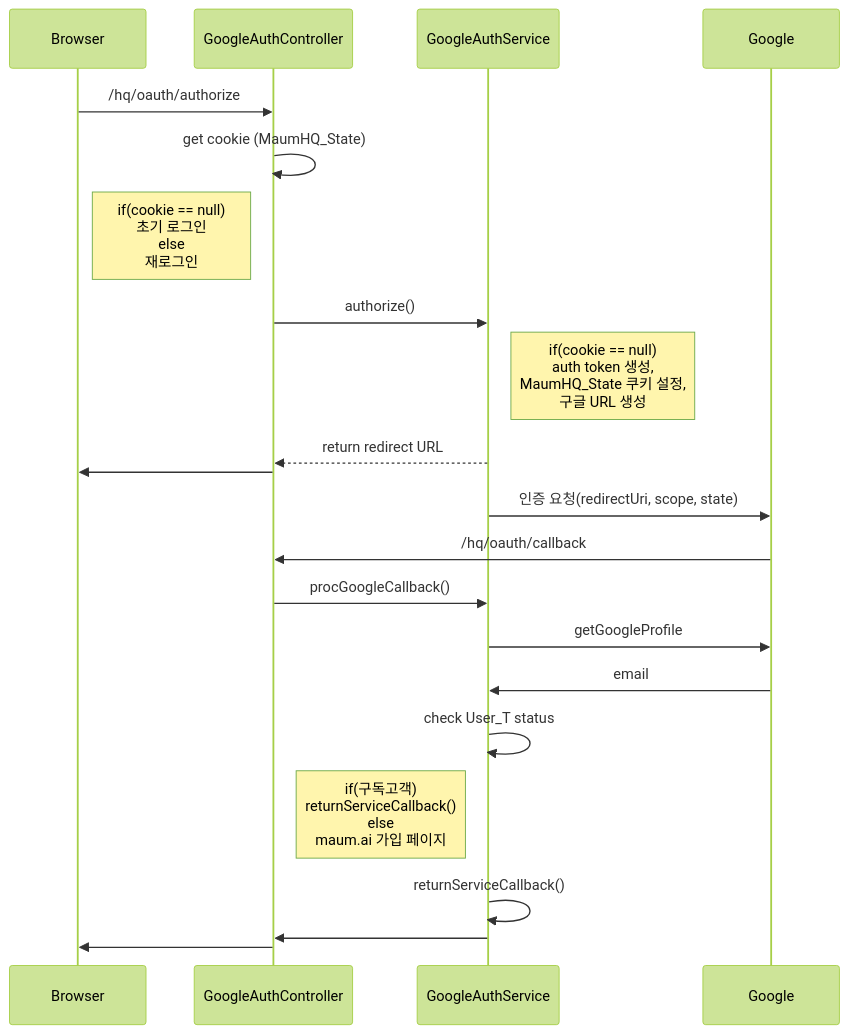
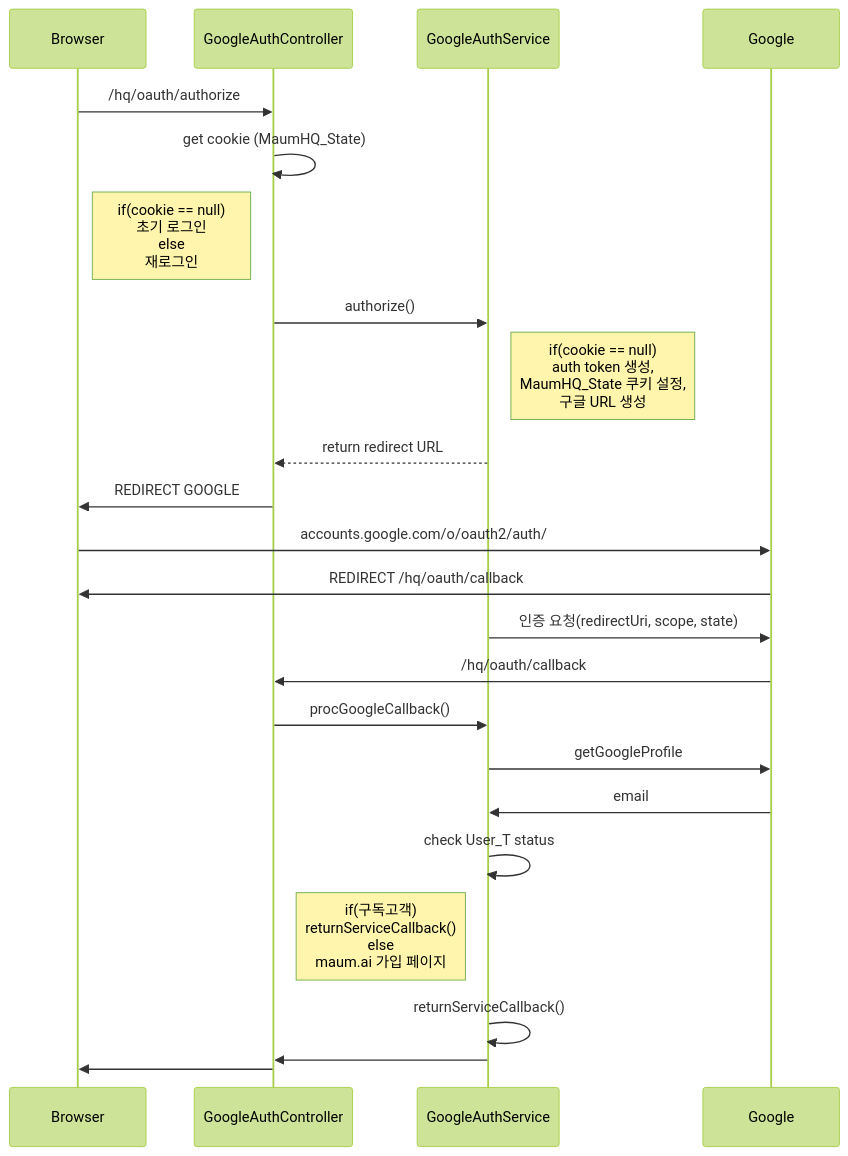
Before and after one commit to Ye-Jun/SSO: the first of 2 diagrams in Architecture.md, drawn with Mermaid (forest theme). The commit also changed other lines of this file, not shown here.

Commit message:
Architecture.md updated from https://stackedit.io/

````diff
--- a/Architecture.md
+++ b/Architecture.md
@@ -3,21 +3,23 @@
 ```mermaid
 sequenceDiagram
 Browser ->> GoogleAuthController : /hq/oauth/authorize
 GoogleAuthController ->> GoogleAuthController : get cookie (MaumHQ_State)
 Note left of GoogleAuthController: if(cookie == null)<br/>초기 로그인<br/> else<br/>재로그인
 GoogleAuthController ->> GoogleAuthService : authorize()
 Note right of GoogleAuthService : if(cookie == null) <br/>auth token 생성,<br/> MaumHQ_State 쿠키 설정, <br/>구글 URL 생성
 GoogleAuthService -->> GoogleAuthController : return redirect URL
-GoogleAuthController ->> Browser : 
+GoogleAuthController ->> Browser : REDIRECT GOOGLE
+Browser ->> Google : accounts.google.com/o/oauth2/auth/
+Google ->> Browser : REDIRECT /hq/oauth/callback
 GoogleAuthService ->> Google : 인증 요청(redirectUri, scope, state)
 Google ->> GoogleAuthController : /hq/oauth/callback
 GoogleAuthController ->> GoogleAuthService : procGoogleCallback()
 GoogleAuthService ->> Google : getGoogleProfile
 Google ->> GoogleAuthService : email
 GoogleAuthService ->> GoogleAuthService : check User_T status
 Note left of GoogleAuthService : if(구독고객)<br/>returnServiceCallback()<br/>else<br/>maum.ai 가입 페이지
 GoogleAuthService ->> GoogleAuthService : returnServiceCallback()
 GoogleAuthService ->> GoogleAuthController : 
 GoogleAuthController ->> Browser : 
 
 ```
````
